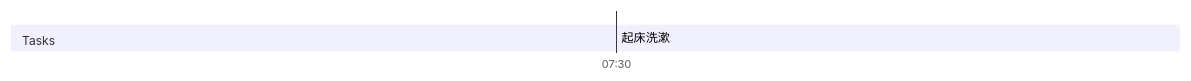
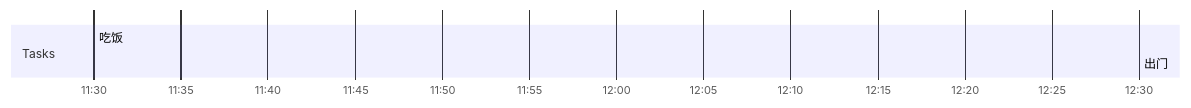
Before and after one commit to TFrose/obsidian: the diagram in TFrose/Day Planners/Day Planner-20221016.md, drawn with Mermaid. The commit also changed other lines of this file and 12 other files, not shown here.

````diff
--- a/TFrose/Day Planners/Day Planner-20221016.md
+++ b/TFrose/Day Planners/Day Planner-20221016.md
@@ -2,10 +2,11 @@
 ```mermaid
 gantt
     dateFormat  HH-mm
     axisFormat %H:%M
-    %% Current Time: 10:58:56
+    %% Current Time: 11:28:39
     section Tasks
-    起床洗漱     :07-30, 0mm
+    吃饭     :11-30, 60mm
+    出门     :12-30, 0mm
     section Breaks
 
 ```
````
